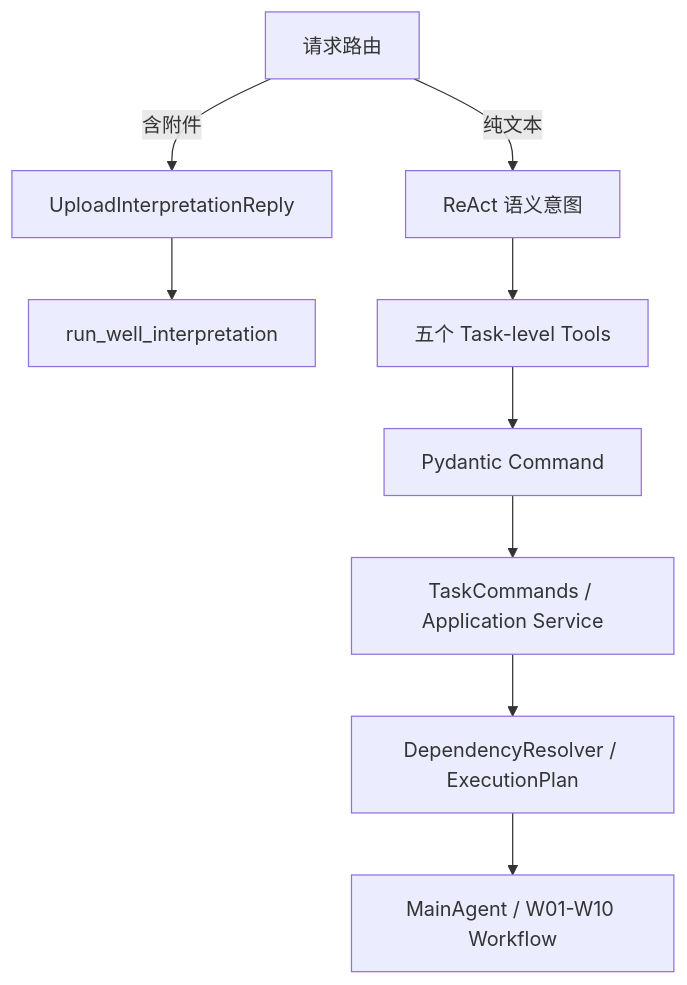
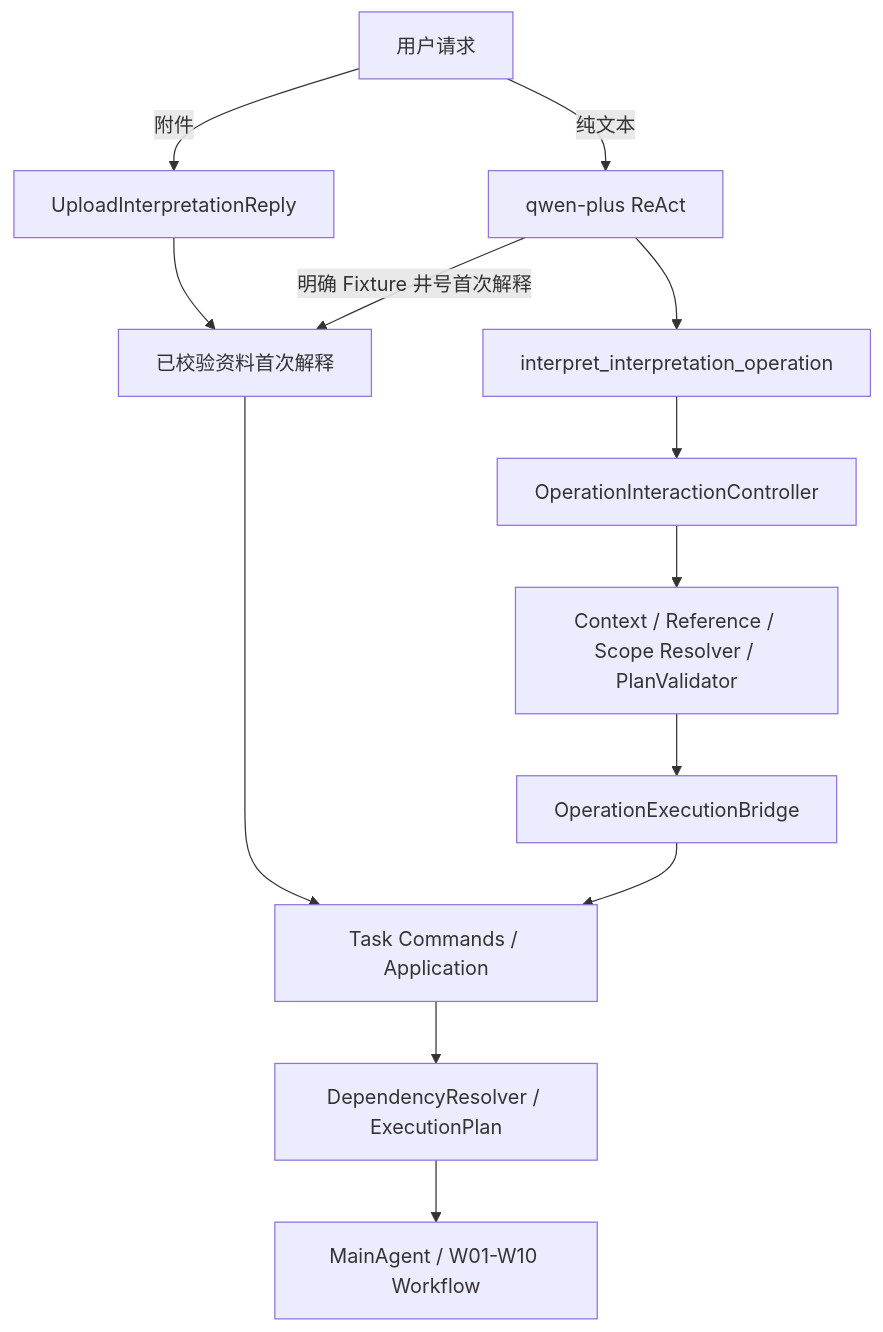
The diagram in docs/08-intent-and-interaction-design.md (hytgithub/cnlc-agentscope), drawn with Mermaid before and after one commit. The commit also changed other lines of this file and 29 other files, not shown here.

Commit message:
feat: integrate operation plans with react interaction

````diff
--- a/docs/08-intent-and-interaction-design.md
+++ b/docs/08-intent-and-interaction-design.md
@@ -7,11 +9,15 @@
 ```mermaid
 flowchart TD
-    R[请求路由] -->|含附件| U[UploadInterpretationReply]
-    R -->|纯文本| I[ReAct 语义意图]
-    U --> A1[run_well_interpretation]
-    I --> A[五个 Task-level Tools]
-    A --> C[Pydantic Command]
-    C --> D[TaskCommands / Application Service]
-    D --> P[DependencyResolver / ExecutionPlan]
-    P --> W[MainAgent / W01-W10 Workflow]
+    R[用户请求] -->|附件| U[UploadInterpretationReply]
+    R -->|纯文本| A[qwen-plus ReAct]
+    U --> S[已校验资料首次解释]
+    A -->|明确 Fixture 井号首次解释| S
+    A --> O[interpret_interpretation_operation]
+    O --> C[OperationInteractionController]
+    C --> B[Context / Reference / Scope Resolver / PlanValidator]
+    B --> E[OperationExecutionBridge]
+    E --> T[Task Commands / Application]
+    S --> T
+    T --> D[DependencyResolver / ExecutionPlan]
+    D --> W[MainAgent / W01-W10 Workflow]
 ```
````
